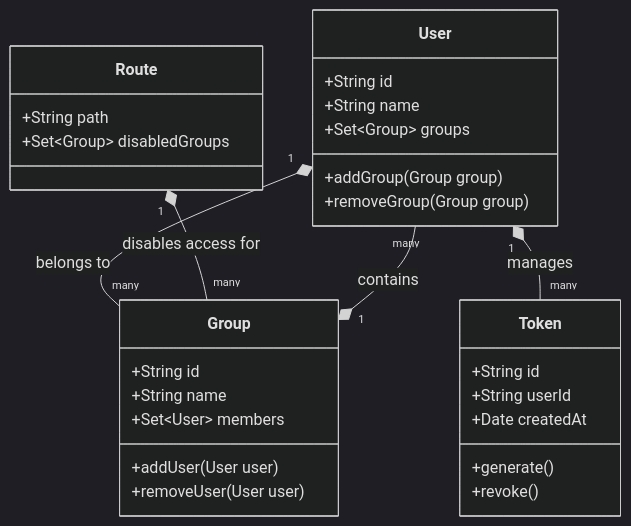
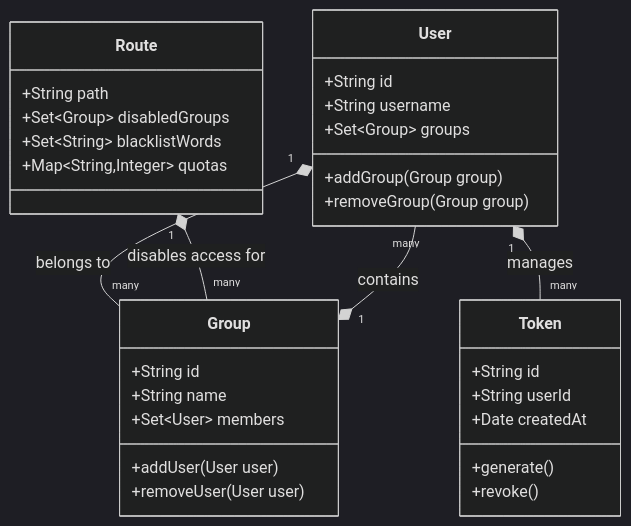
The second of 2 diagrams in docs/technical.md (scampion/burgonet-gateway), drawn with Mermaid (dark theme) before and after one commit. The commit also changed other lines of this file and 3 other files, not shown here.

````diff
--- a/docs/technical.md
+++ b/docs/technical.md
@@ -4,37 +22,38 @@
 ```mermaid
 classDiagram
     class User {
         +String id
-        +String name
+        +String username
         +Set~Group~ groups
         +addGroup(Group group)
         +removeGroup(Group group)
     }
 
     class Group {
         +String id
         +String name
         +Set~User~ members
         +addUser(User user)
         +removeUser(User user)
     }
 
-    class Route {
-        +String path
-        +Set~Group~ disabledGroups
-    }
-
-
     class Token {
         +String id
         +String userId
         +Date createdAt
         +generate()
         +revoke()
     }
 
+    class Route {
+        +String path
+        +Set~Group~ disabledGroups
+        +Set~String~ blacklistWords
+        +Map~String,Integer~ quotas
+    }
+
     User "1" *-- "many" Group : belongs to
     Group "1" *-- "many" User : contains
     User "1" *-- "many" Token : manages
     Route "1" *-- "many" Group : disables access for
 ```
````
